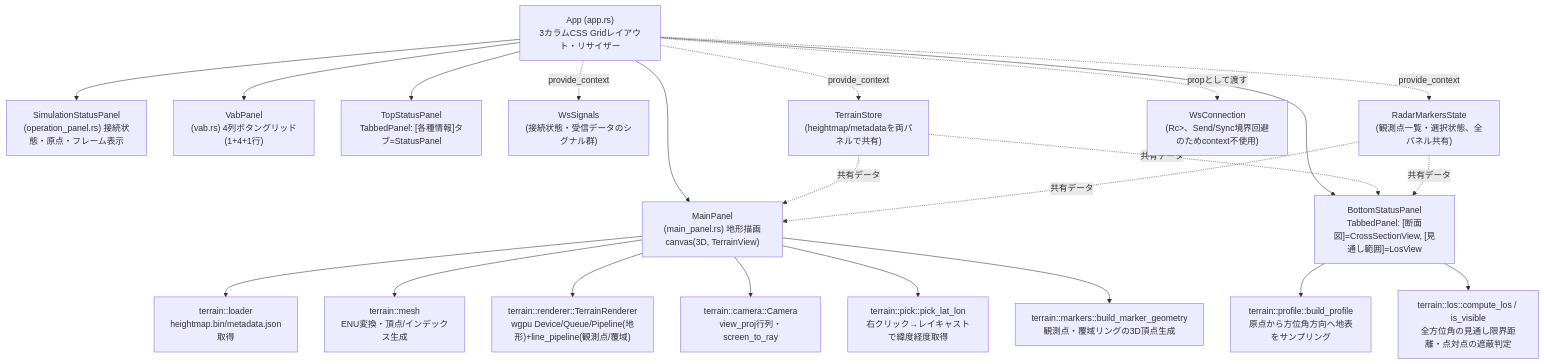
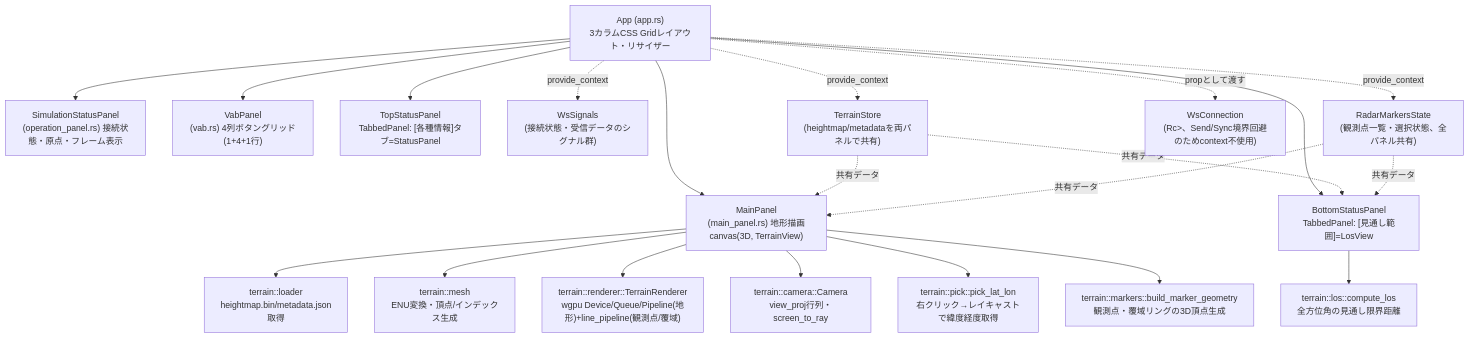
One commit to ham1a6/SimulationView changed the ninth of 16 diagrams in DETAILED_DESIGN.md. Above: the diagram before and after it, drawn with Mermaid. The commit also changed other lines of this file and 9 other files, not shown here.

First line of the commit message:
メインパネルの俯瞰/側面ボタンと、ボトムステータスパネルの断面図タブを削除

````diff
--- a/DETAILED_DESIGN.md
+++ b/DETAILED_DESIGN.md
@@ -686,27 +686,26 @@
 ```mermaid
 graph TD
     App["App (app.rs)<br/>3カラムCSS Gridレイアウト・リサイザー"]
     App --> SimulationStatusPanel["SimulationStatusPanel<br/>(operation_panel.rs) 接続状態・原点・フレーム表示"]
     App --> VabPanel["VabPanel<br/>(vab.rs) 4列ボタングリッド(1+4+1行)"]
     App --> MainPanel["MainPanel<br/>(main_panel.rs) 地形描画canvas(3D, TerrainView)"]
     App --> TopStatusPanel["TopStatusPanel<br/>TabbedPanel: [各種情報]タブ=StatusPanel"]
-    App --> BottomStatusPanel["BottomStatusPanel<br/>TabbedPanel: [断面図]=CrossSectionView, [見通し範囲]=LosView"]
+    App --> BottomStatusPanel["BottomStatusPanel<br/>TabbedPanel: [見通し範囲]=LosView"]
 
     App -.provide_context.-> WsSignals["WsSignals<br/>(接続状態・受信データのシグナル群)"]
     App -.provide_context.-> TerrainStore["TerrainStore<br/>(heightmap/metadataを両パネルで共有)"]
     App -.provide_context.-> RadarMarkersState["RadarMarkersState<br/>(観測点一覧・選択状態、全パネル共有)"]
     App -.propとして渡す.-> WsConnection["WsConnection<br/>(Rc<RefCell<...>>、Send/Sync境界回避のためcontext不使用)"]
 
     MainPanel --> Loader["terrain::loader<br/>heightmap.bin/metadata.json取得"]
     MainPanel --> Mesh["terrain::mesh<br/>ENU変換・頂点/インデックス生成"]
     MainPanel --> Renderer["terrain::renderer::TerrainRenderer<br/>wgpu Device/Queue/Pipeline(地形)+line_pipeline(観測点/覆域)"]
     MainPanel --> Camera["terrain::camera::Camera<br/>view_proj行列・screen_to_ray"]
     MainPanel --> Pick["terrain::pick::pick_lat_lon<br/>右クリック→レイキャストで緯度経度取得"]
     MainPanel --> Markers["terrain::markers::build_marker_geometry<br/>観測点・覆域リングの3D頂点生成"]
-    BottomStatusPanel --> Profile["terrain::profile::build_profile<br/>原点から方位角方向へ地表をサンプリング"]
-    BottomStatusPanel --> Los["terrain::los::compute_los / is_visible<br/>全方位角の見通し限界距離・点対点の遮蔽判定"]
+    BottomStatusPanel --> Los["terrain::los::compute_los<br/>全方位角の見通し限界距離"]
     TerrainStore -.共有データ.-> MainPanel
     TerrainStore -.共有データ.-> BottomStatusPanel
     RadarMarkersState -.共有データ.-> MainPanel
     RadarMarkersState -.共有データ.-> BottomStatusPanel
 ```
````
